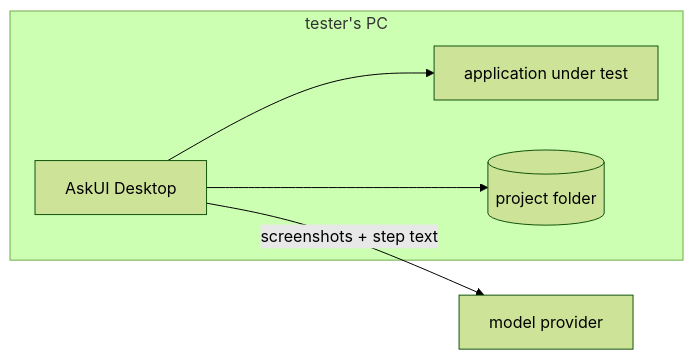
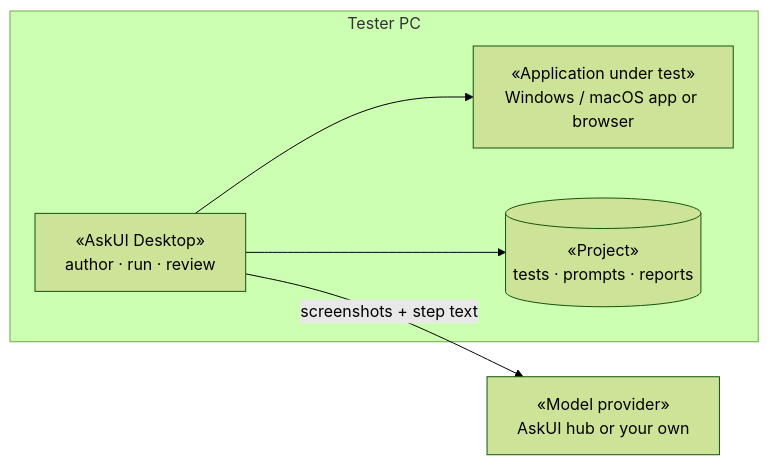
Before and after one commit to askui/docs-rewrite: the first of 2 diagrams in content/docs/concepts/enterprise-fit.mdx, drawn with Mermaid (forest theme). The commit also changed other lines of this file and 82 other files, not shown here.

First line of the commit message:
docs: drop em dashes from prose; rework enterprise diagrams; square connectors

````diff
--- a/content/docs/concepts/enterprise-fit.mdx
+++ b/content/docs/concepts/enterprise-fit.mdx
@@ -19,11 +19,11 @@
 ```mermaid
 flowchart LR
-  subgraph pc["tester's PC"]
-    D["AskUI Desktop"]
-    A["application under test"]
-    F[("project folder")]
+  subgraph pc["Tester PC"]
+    D["«AskUI Desktop»<br/>author · run · review"]
+    A["«Application under test»<br/>Windows / macOS app or browser"]
+    F[("«Project»<br/>tests · prompts · reports")]
   end
   D --> A
   D --> F
-  D -->|"screenshots + step text"| M["model provider"]
+  D -->|"screenshots + step text"| M["«Model provider»<br/>AskUI hub or your own"]
 ```
````
